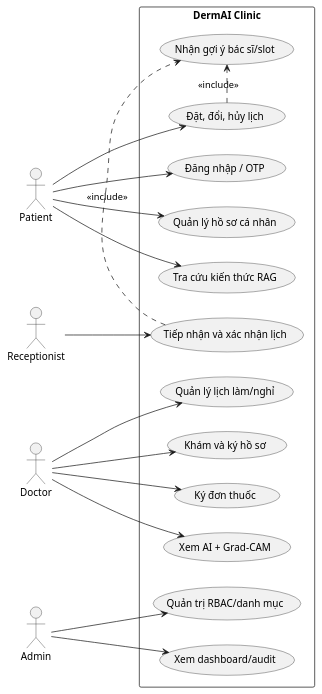
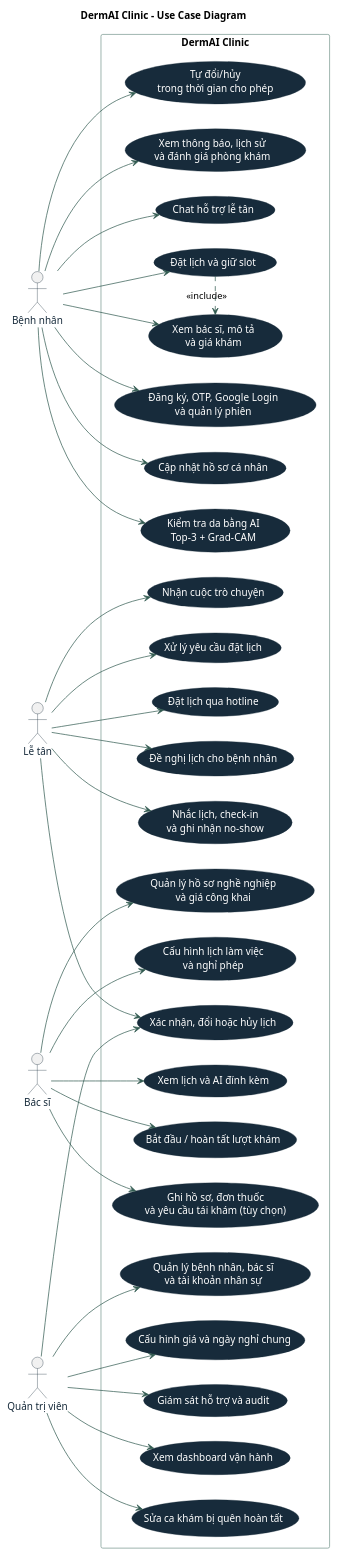
Before and after one commit to Nhutrieu/Dermai-clinic: the diagram in docs/diagrams/use-case.puml, drawn with PlantUML. The commit also changed 87 other files, not shown here.

Commit message:
feat: add AI-first support and patient history controls

```diff
--- a/docs/diagrams/use-case.puml
+++ b/docs/diagrams/use-case.puml
@@ -1,34 +1,72 @@
 @startuml
+title DermAI Clinic - Use Case Diagram
 left to right direction
-actor Patient
-actor Receptionist
-actor Doctor
-actor Admin
+skinparam packageStyle rectangle
+skinparam shadowing false
+skinparam ArrowColor #315A50
+skinparam ActorBorderColor #172B3B
+skinparam ActorFontColor #172B3B
+skinparam UsecaseBackgroundColor #172B3B
+skinparam UsecaseBorderColor #172B3B
+skinparam UsecaseFontColor #FFFFFF
+skinparam RectangleBorderColor #78978E
+
+actor "Bệnh nhân" as Patient
+actor "Lễ tân" as Receptionist
+actor "Bác sĩ" as Doctor
+actor "Quản trị viên" as Admin
+
 rectangle "DermAI Clinic" {
- usecase "Đăng nhập / OTP" as Auth
- usecase "Quản lý hồ sơ cá nhân" as Profile
- usecase "Đặt, đổi, hủy lịch" as Booking
- usecase "Nhận gợi ý bác sĩ/slot" as Recommend
- usecase "Tiếp nhận và xác nhận lịch" as Reception
- usecase "Quản lý lịch làm/nghỉ" as Schedule
- usecase "Khám và ký hồ sơ" as Record
- usecase "Ký đơn thuốc" as Rx
- usecase "Xem AI + Grad-CAM" as AI
- usecase "Tra cứu kiến thức RAG" as RAG
- usecase "Quản trị RBAC/danh mục" as Manage
- usecase "Xem dashboard/audit" as Dashboard
+  usecase "Đăng ký, OTP, Google Login\nvà quản lý phiên" as Auth
+  usecase "Cập nhật hồ sơ cá nhân" as PatientProfile
+  usecase "Xem bác sĩ, mô tả\nvà giá khám" as BrowseDoctor
+  usecase "Kiểm tra da bằng AI\nTop-3 + Grad-CAM" as PatientAI
+  usecase "Đặt lịch và giữ slot" as Booking
+  usecase "Tự đổi/hủy\ntrong thời gian cho phép" as SelfManage
+  usecase "Xem thông báo, lịch sử\nvà đánh giá phòng khám" as PatientHistory
+  usecase "Chat hỗ trợ lễ tân" as Support
+  usecase "Xử lý yêu cầu đặt lịch" as RequestQueue
+  usecase "Đặt lịch qua hotline" as Hotline
+  usecase "Đề nghị lịch cho bệnh nhân" as Proposal
+  usecase "Xác nhận, đổi hoặc hủy lịch" as ReceptionManage
+  usecase "Nhắc lịch, check-in\nvà ghi nhận no-show" as FrontDesk
+  usecase "Nhận cuộc trò chuyện" as ClaimChat
+  usecase "Quản lý hồ sơ nghề nghiệp\nvà giá công khai" as DoctorProfile
+  usecase "Cấu hình lịch làm việc\nvà nghỉ phép" as DoctorSchedule
+  usecase "Xem lịch và AI đính kèm" as DoctorAppointments
+  usecase "Bắt đầu / hoàn tất lượt khám" as Consultation
+  usecase "Ghi hồ sơ, đơn thuốc\nvà yêu cầu tái khám (tùy chọn)" as Clinical
+  usecase "Quản lý bệnh nhân, bác sĩ\nvà tài khoản nhân sự" as UserAdmin
+  usecase "Cấu hình giá và ngày nghỉ chung" as ClinicConfig
+  usecase "Giám sát hỗ trợ và audit" as Audit
+  usecase "Xem dashboard vận hành" as Dashboard
+  usecase "Sửa ca khám bị quên hoàn tất" as CorrectStatus
 }
+
 Patient --> Auth
-Patient --> Profile
+Patient --> PatientProfile
+Patient --> BrowseDoctor
+Patient --> PatientAI
 Patient --> Booking
-Patient --> RAG
-Booking .> Recommend : <<include>>
-Receptionist --> Reception
-Reception .> Recommend : <<include>>
-Doctor --> Schedule
-Doctor --> Record
-Doctor --> Rx
-Doctor --> AI
-Admin --> Manage
+Patient --> SelfManage
+Patient --> PatientHistory
+Patient --> Support
+Booking .> BrowseDoctor : <<include>>
+Receptionist --> RequestQueue
+Receptionist --> Hotline
+Receptionist --> Proposal
+Receptionist --> ReceptionManage
+Receptionist --> FrontDesk
+Receptionist --> ClaimChat
+Doctor --> DoctorProfile
+Doctor --> DoctorSchedule
+Doctor --> DoctorAppointments
+Doctor --> Consultation
+Doctor --> Clinical
+Admin --> UserAdmin
+Admin --> ClinicConfig
+Admin --> Audit
 Admin --> Dashboard
+Admin --> CorrectStatus
+Admin --> ReceptionManage
 @enduml
```
